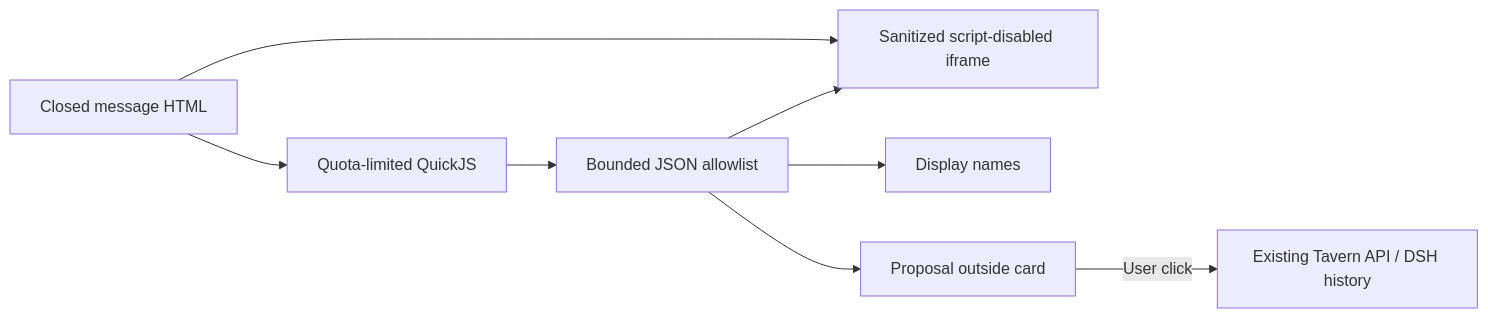
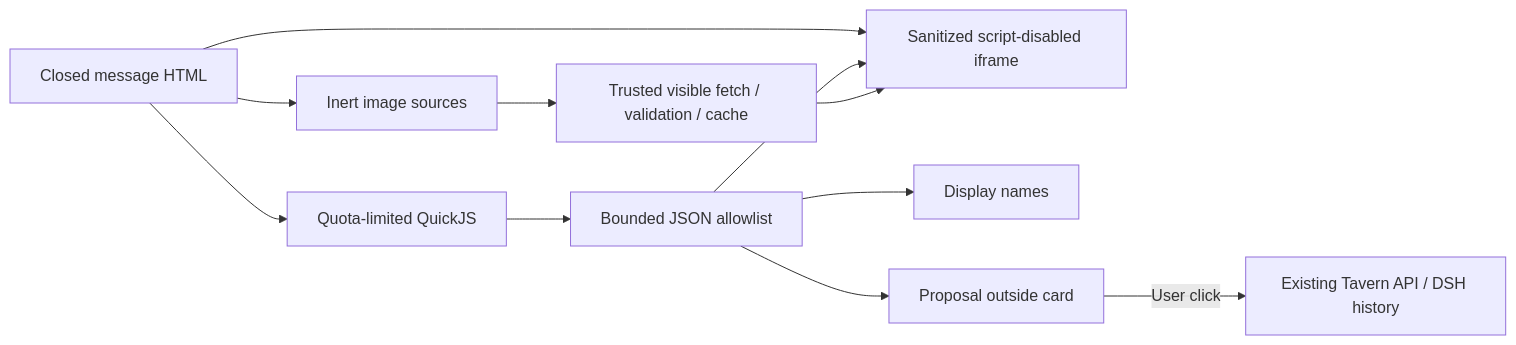
Before and after one commit to Player-MINEPIG/dsh-tavern: the second of 3 diagrams in docs/CONVERSATION_PRESENTATION_en.md, drawn with Mermaid. The commit also changed other lines of this file and 14 other files, not shown here.

Commit message:
Load visible card images through bounded trusted media renderer

````diff
--- a/docs/CONVERSATION_PRESENTATION_en.md
+++ b/docs/CONVERSATION_PRESENTATION_en.md
@@ -75,10 +75,13 @@
 ```mermaid
 flowchart LR
   A[Closed message HTML] --> B[Sanitized script-disabled iframe]
   A --> C[Quota-limited QuickJS]
   C --> D[Bounded JSON allowlist]
   D --> B
   D --> E[Display names]
   D --> F[Proposal outside card]
   F -->|User click| G[Existing Tavern API / DSH history]
+  A --> H[Inert image sources]
+  H --> I[Trusted visible fetch / validation / cache]
+  I --> B
 ```
````
